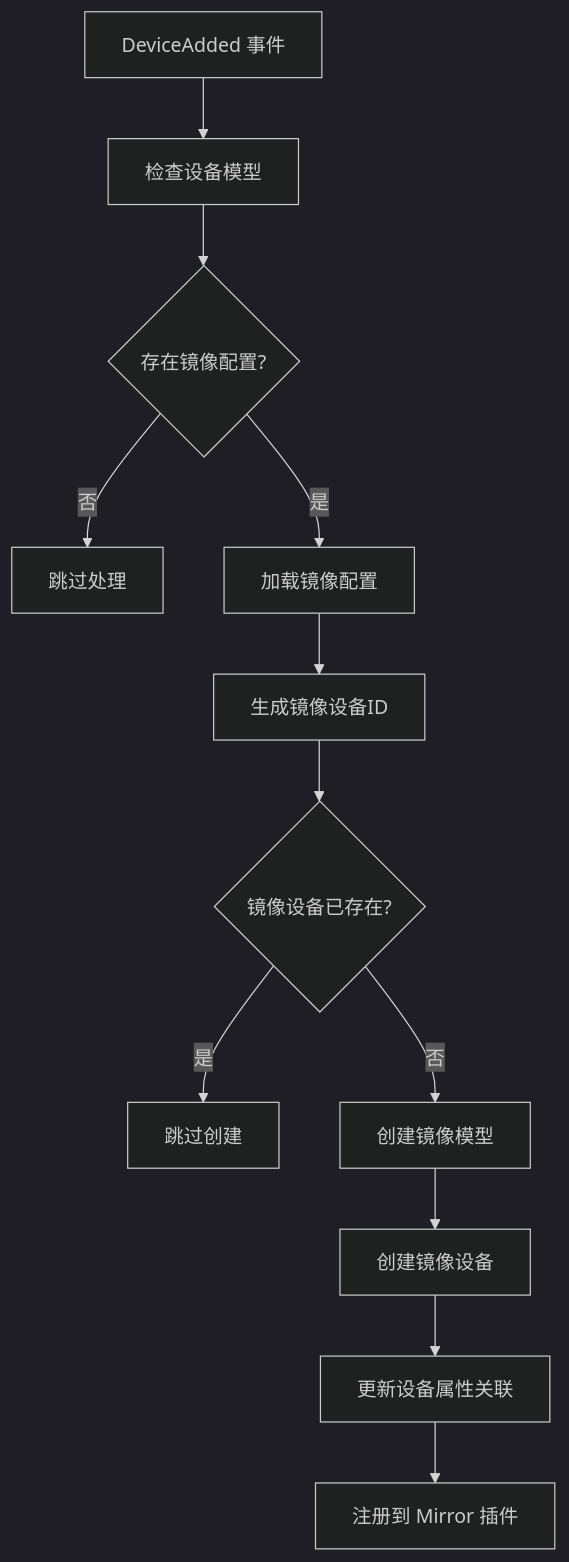
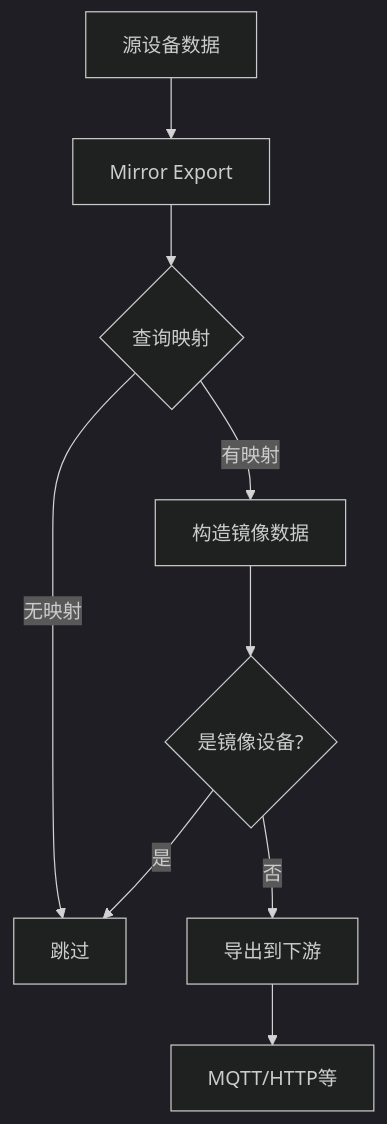
One commit to ibuilding-X/driver-box changed the fifth of 8 diagrams in pages/src/content/docs/exports/mirror.mdx. Above: the diagram before and after it, drawn with Mermaid (dark theme). The commit also changed other lines of this file and 6 other files, not shown here.

````diff
--- a/pages/src/content/docs/exports/mirror.mdx
+++ b/pages/src/content/docs/exports/mirror.mdx
@@ -95,14 +159,11 @@
 ```mermaid
 graph TD
-    A[DeviceAdded 事件] --> B[检查设备模型]
-    B --> C{存在镜像配置?}
-    C -->|否| D[跳过处理]
-    C -->|是| E[加载镜像配置]
-    E --> F[生成镜像设备ID]
-    F --> G{镜像设备已存在?}
-    G -->|是| H[跳过创建]
-    G -->|否| I[创建镜像模型]
-    I --> J[创建镜像设备]
-    J --> K[更新设备属性关联]
-    K --> L[注册到 Mirror 插件]
+    A[源设备数据] --> B[Mirror Export]
+    B --> C{查询映射}
+    C -->|无映射| D[跳过]
+    C -->|有映射| E[构造镜像数据]
+    E --> F{是镜像设备?}
+    F -->|是| D
+    F -->|否| G[导出到下游]
+    G --> H[MQTT/HTTP等]
 ```
````
